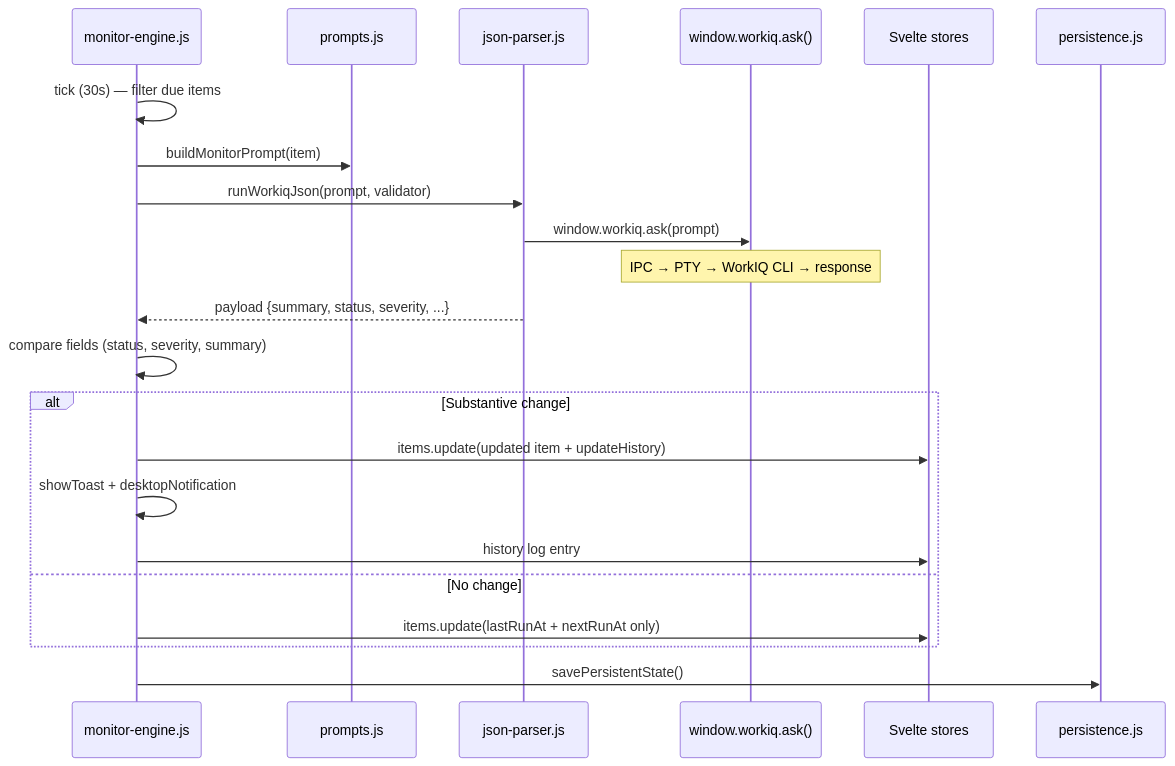
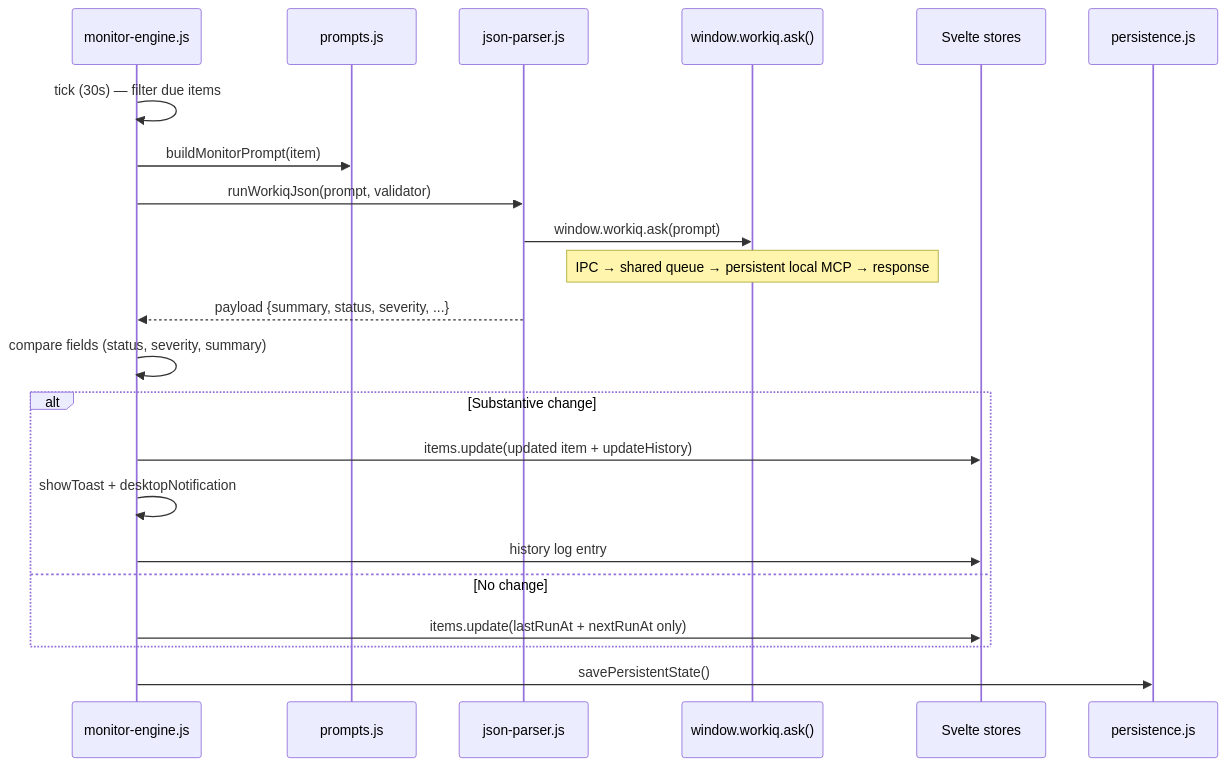
One commit to kpoineal/FlightDeck changed the sixth of 7 diagrams in docs/architecture.md. Above: the diagram before and after it, drawn with Mermaid. The commit also changed other lines of this file and 23 other files, not shown here.

Commit message:
feat: add persistent WorkIQ MCP concurrency and queue status

````diff
--- a/docs/architecture.md
+++ b/docs/architecture.md
@@ -366,25 +383,25 @@
 ```mermaid
 sequenceDiagram
   participant ME as monitor-engine.js
   participant PR as prompts.js
   participant JP as json-parser.js
   participant WIQ as window.workiq.ask()
   participant ST as Svelte stores
   participant PS as persistence.js
 
   ME->>ME: tick (30s) — filter due items
   ME->>PR: buildMonitorPrompt(item)
   ME->>JP: runWorkiqJson(prompt, validator)
   JP->>WIQ: window.workiq.ask(prompt)
-  Note over WIQ: IPC → PTY → WorkIQ CLI → response
+  Note over WIQ: IPC → shared queue → persistent local MCP → response
   JP-->>ME: payload {summary, status, severity, ...}
   ME->>ME: compare fields (status, severity, summary)
   alt Substantive change
     ME->>ST: items.update(updated item + updateHistory)
     ME->>ME: showToast + desktopNotification
     ME->>ST: history log entry
   else No change
     ME->>ST: items.update(lastRunAt + nextRunAt only)
   end
   ME->>PS: savePersistentState()
 ```
````
